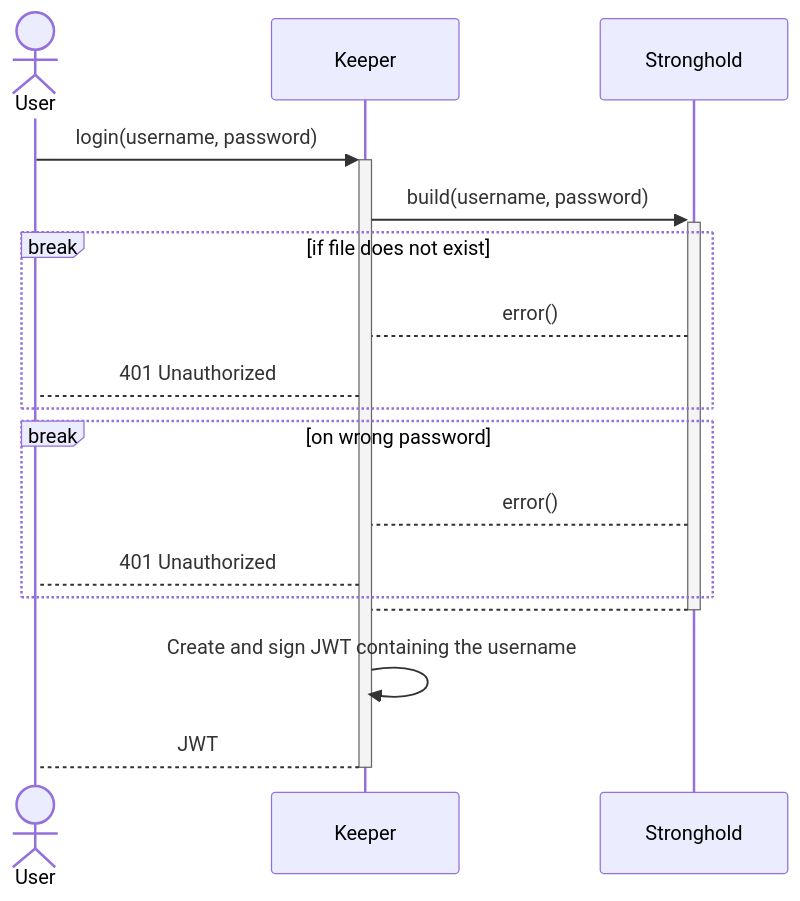
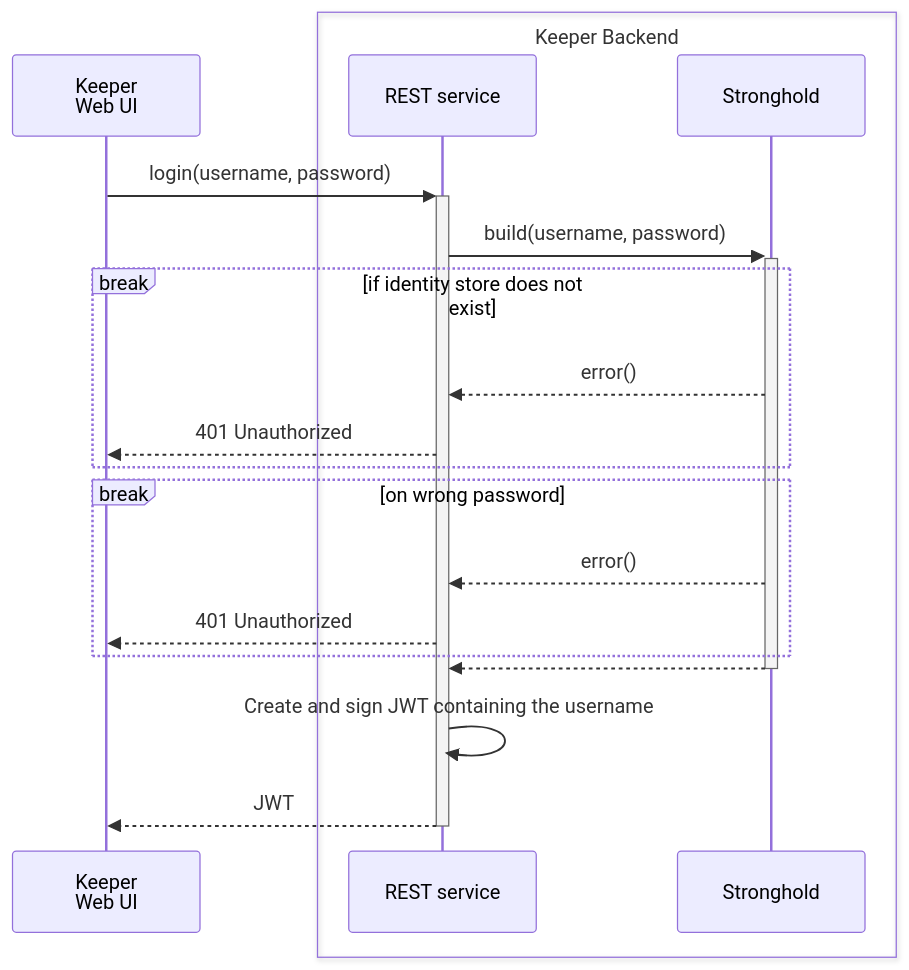
The second of 4 diagrams in keeper/README.md (kkmarv/IOTA-Digital-Student-ID), drawn with Mermaid before and after one commit. The commit also changed other lines of this file and 17 other files, not shown here.

````diff
--- a/keeper/README.md
+++ b/keeper/README.md
@@ -43,23 +56,25 @@
 ```mermaid
 %%---
-%%title: User Login
+%%title: Identity Login
 %%---
 sequenceDiagram
-   actor U as User
-    participant K as Keeper
-    participant S as Stronghold
+    participant U as Keeper<br>Web UI
+    box Keeper Backend
+        participant K as REST service
+        participant S as Stronghold
+    end
 
     U->>+K: login(username, password)
     K->>+S: build(username, password)
-    break if file does not exist
-        S-->K: error()
-        K-->U: 401 Unauthorized
+    break if identity store does not exist
+        S-->>K: error()
+        K-->>U: 401 Unauthorized
     end
     break on wrong password
-        S-->K: error()
-        K-->U: 401 Unauthorized
+        S-->>K: error()
+        K-->>U: 401 Unauthorized
     end
-    S-->-K: 
+    S-->>-K: 
     K->>K: Create and sign JWT containing the username
-    K-->-U: JWT
+    K-->>-U: JWT
 ```
````
